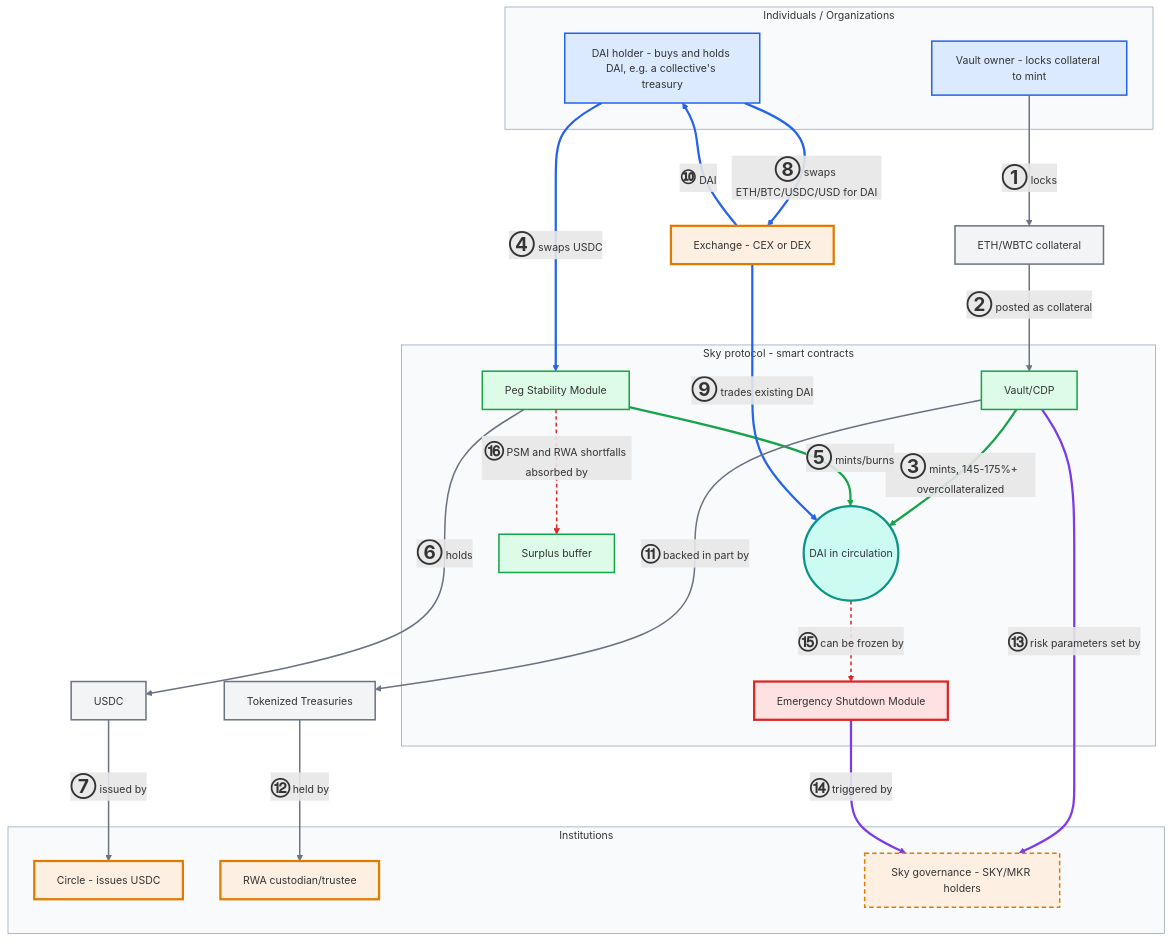
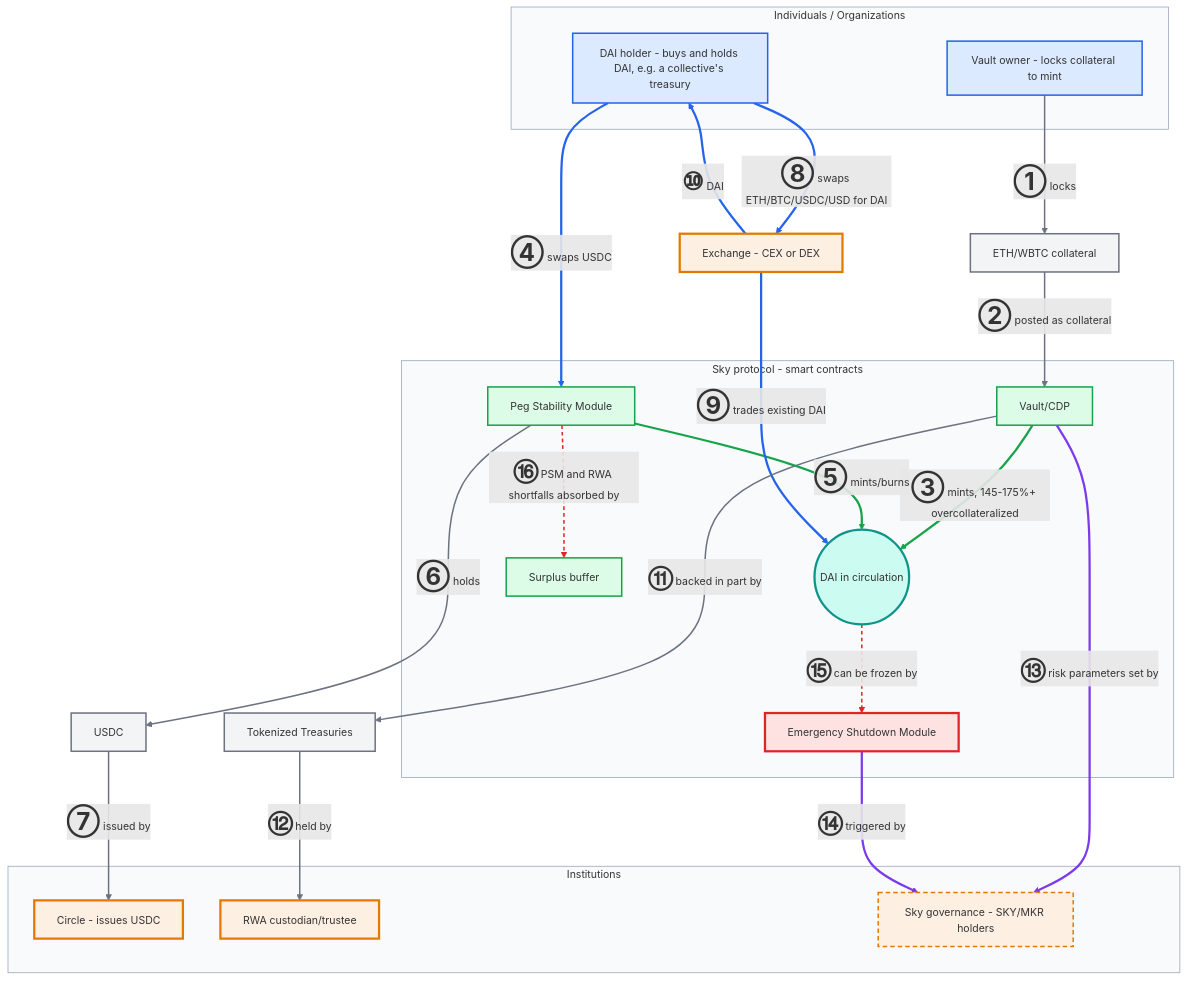
One commit to doikayt/admin changed the diagram in governance/diagrams/dai-flows.mmd. Above: the diagram before and after it, drawn with Mermaid. The commit also changed 4 other files, not shown here.

Commit message:
docs: bump circled flow numbers in diagrams to 2.3em

```diff
--- a/governance/diagrams/dai-flows.mmd
+++ b/governance/diagrams/dai-flows.mmd
@@ -1,73 +1,73 @@
 %%{init: {"themeVariables": {"fontSize": "14px"}, "flowchart": {"nodeSpacing": 50, "rankSpacing": 70}}}%%
 flowchart TD
     subgraph USERS["Individuals / Organizations"]
         VaultOwner[Vault owner - locks collateral to mint]
         Holder[DAI holder - buys and holds DAI, e.g. a collective's treasury]
     end
 
     Exchange[Exchange - CEX or DEX]
     ETHCollat[ETH/WBTC collateral]
 
     subgraph PROTO["Sky protocol - smart contracts"]
         DAISupply((DAI in circulation))
         PSM[Peg Stability Module]
         Vault[Vault/CDP]
         ESM[Emergency Shutdown Module]
         Buffer[Surplus buffer]
     end
 
     USDC[USDC]
     RWA[Tokenized Treasuries]
 
     subgraph INST["Institutions"]
         Circle[Circle - issues USDC]
         RWACustodian[RWA custodian/trustee]
         Governance[Sky governance - SKY/MKR holders]
     end
 
-    VaultOwner -- "<b style='font-size:1.8em'>①</b> locks" --> ETHCollat
-    ETHCollat -- "<b style='font-size:1.8em'>②</b> posted as collateral" --> Vault
-    Vault -- "<b style='font-size:1.8em'>③</b> mints, 145-175%+ overcollateralized" --> DAISupply
+    VaultOwner -- "<b style='font-size:2.3em'>①</b> locks" --> ETHCollat
+    ETHCollat -- "<b style='font-size:2.3em'>②</b> posted as collateral" --> Vault
+    Vault -- "<b style='font-size:2.3em'>③</b> mints, 145-175%+ overcollateralized" --> DAISupply
 
-    Holder -- "<b style='font-size:1.8em'>④</b> swaps USDC" --> PSM
-    PSM -- "<b style='font-size:1.8em'>⑤</b> mints/burns" --> DAISupply
-    PSM -- "<b style='font-size:1.8em'>⑥</b> holds" --> USDC
-    USDC -- "<b style='font-size:1.8em'>⑦</b> issued by" --> Circle
+    Holder -- "<b style='font-size:2.3em'>④</b> swaps USDC" --> PSM
+    PSM -- "<b style='font-size:2.3em'>⑤</b> mints/burns" --> DAISupply
+    PSM -- "<b style='font-size:2.3em'>⑥</b> holds" --> USDC
+    USDC -- "<b style='font-size:2.3em'>⑦</b> issued by" --> Circle
 
-    Holder -- "<b style='font-size:1.8em'>⑧</b> swaps ETH/BTC/USDC/USD for DAI" --> Exchange
-    Exchange -- "<b style='font-size:1.8em'>⑨</b> trades existing DAI" --> DAISupply
-    Exchange -- "<b style='font-size:1.8em'>⑩</b> DAI" --> Holder
+    Holder -- "<b style='font-size:2.3em'>⑧</b> swaps ETH/BTC/USDC/USD for DAI" --> Exchange
+    Exchange -- "<b style='font-size:2.3em'>⑨</b> trades existing DAI" --> DAISupply
+    Exchange -- "<b style='font-size:2.3em'>⑩</b> DAI" --> Holder
 
-    Vault -- "<b style='font-size:1.8em'>⑪</b> backed in part by" --> RWA
-    RWA -- "<b style='font-size:1.8em'>⑫</b> held by" --> RWACustodian
+    Vault -- "<b style='font-size:2.3em'>⑪</b> backed in part by" --> RWA
+    RWA -- "<b style='font-size:2.3em'>⑫</b> held by" --> RWACustodian
 
-    Vault -- "<b style='font-size:1.8em'>⑬</b> risk parameters set by" --> Governance
-    ESM -- "<b style='font-size:1.8em'>⑭</b> triggered by" --> Governance
+    Vault -- "<b style='font-size:2.3em'>⑬</b> risk parameters set by" --> Governance
+    ESM -- "<b style='font-size:2.3em'>⑭</b> triggered by" --> Governance
 
-    DAISupply -- "<b style='font-size:1.8em'>⑮</b> can be frozen by" --> ESM
-    PSM -.->|"<b style='font-size:1.8em'>⑯</b> PSM and RWA shortfalls absorbed by"| Buffer
+    DAISupply -- "<b style='font-size:2.3em'>⑮</b> can be frozen by" --> ESM
+    PSM -.->|"<b style='font-size:2.3em'>⑯</b> PSM and RWA shortfalls absorbed by"| Buffer
 
     classDef user fill:#dbeafe,stroke:#2563eb,stroke-width:2px
     classDef code fill:#dcfce7,stroke:#16a34a,stroke-width:2px
     classDef asset fill:#f3f4f6,stroke:#6b7280,stroke-width:2px
     classDef token fill:#ccfbf1,stroke:#0d9488,stroke-width:3px
     classDef cutoff fill:#fdf0e3,stroke:#e07b00,stroke-width:3px
     classDef legal fill:#fdf0e3,stroke:#e07b00,stroke-width:2px,stroke-dasharray:6 4
     classDef breaker fill:#fee2e2,stroke:#dc2626,stroke-width:3px
     class VaultOwner,Holder user
     class Vault,PSM,Buffer code
     class ETHCollat,USDC,RWA asset
     class DAISupply token
     class Circle,RWACustodian,Exchange cutoff
     class Governance legal
     class ESM breaker
 
     style USERS fill:#f8fafc,stroke:#94a3b8
     style PROTO fill:#f8fafc,stroke:#94a3b8
     style INST fill:#f8fafc,stroke:#94a3b8
 
     linkStyle 2,4 stroke:#16a34a,stroke-width:3px
     linkStyle 3,7,8,9 stroke:#2563eb,stroke-width:3px
     linkStyle 0,1,5,6,10,11 stroke:#6b7280,stroke-width:2px
     linkStyle 12,13 stroke:#7c3aed,stroke-width:3px
     linkStyle 14,15 stroke:#dc2626,stroke-width:2px,stroke-dasharray:5 4
```
